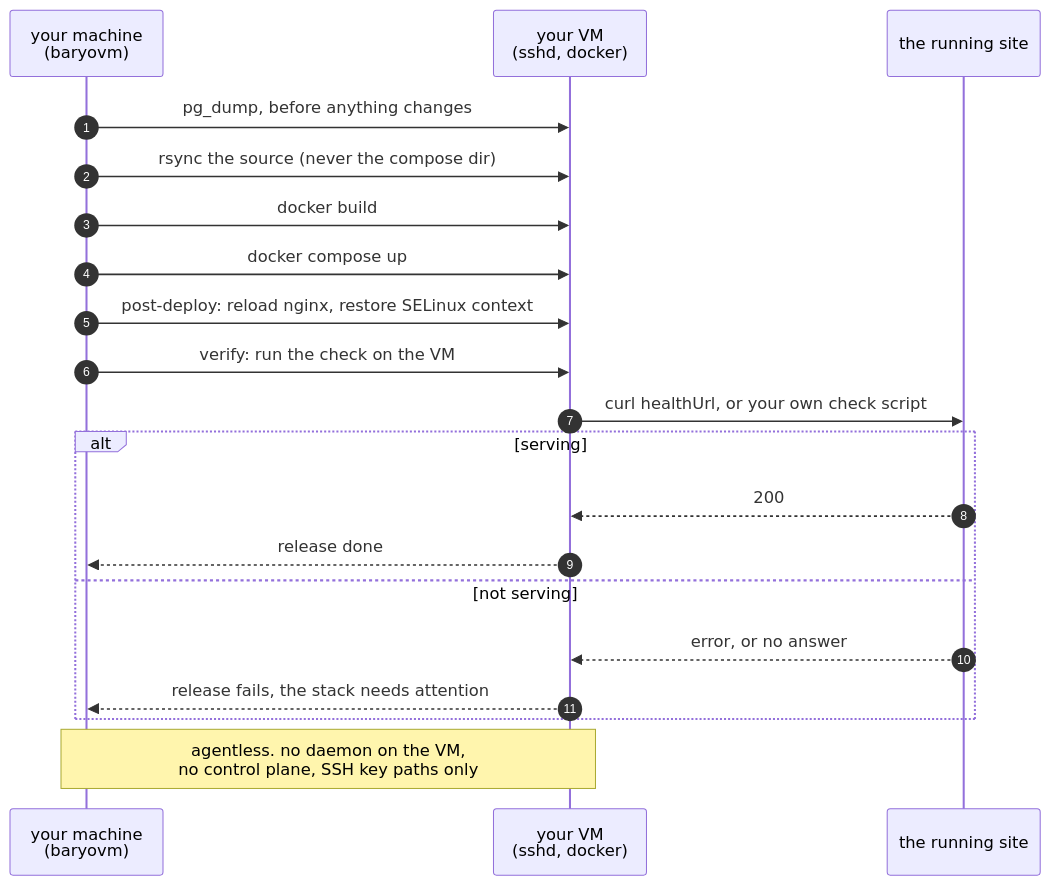
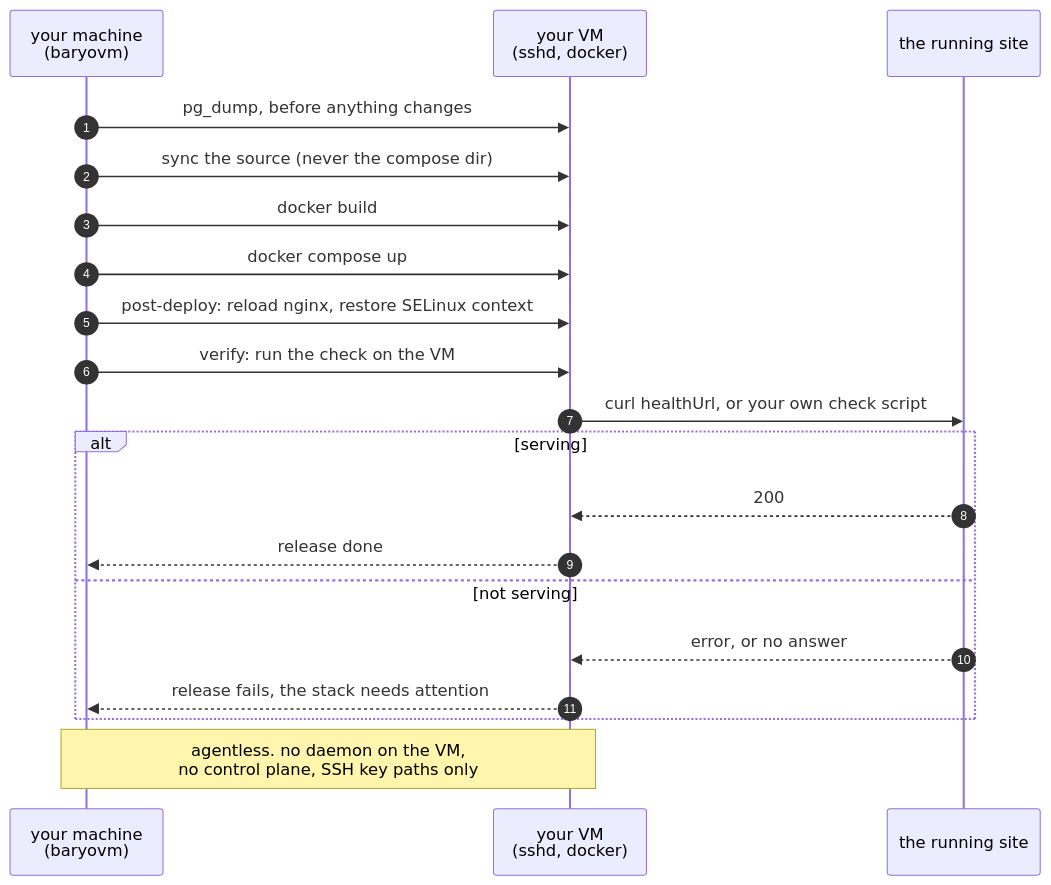
Before and after one commit to BaryoDev/BaryoVM: the diagram in README.md, drawn with Mermaid. The commit also changed other lines of this file and 12 other files, not shown here.

````diff
--- a/README.md
+++ b/README.md
@@ -28,25 +28,25 @@
 ```mermaid
 sequenceDiagram
     autonumber
     participant You as your machine<br/>(baryovm)
     participant VM as your VM<br/>(sshd, docker)
     participant Site as the running site
 
     You->>VM: pg_dump, before anything changes
-    You->>VM: rsync the source (never the compose dir)
+    You->>VM: sync the source (never the compose dir)
     You->>VM: docker build
     You->>VM: docker compose up
     You->>VM: post-deploy: reload nginx, restore SELinux context
 
     You->>VM: verify: run the check on the VM
     VM->>Site: curl healthUrl, or your own check script
     alt serving
         Site-->>VM: 200
         VM-->>You: release done
     else not serving
         Site-->>VM: error, or no answer
         VM-->>You: release fails, the stack needs attention
     end
 
     Note over You,VM: agentless. no daemon on the VM,<br/>no control plane, SSH key paths only
 ```
````
